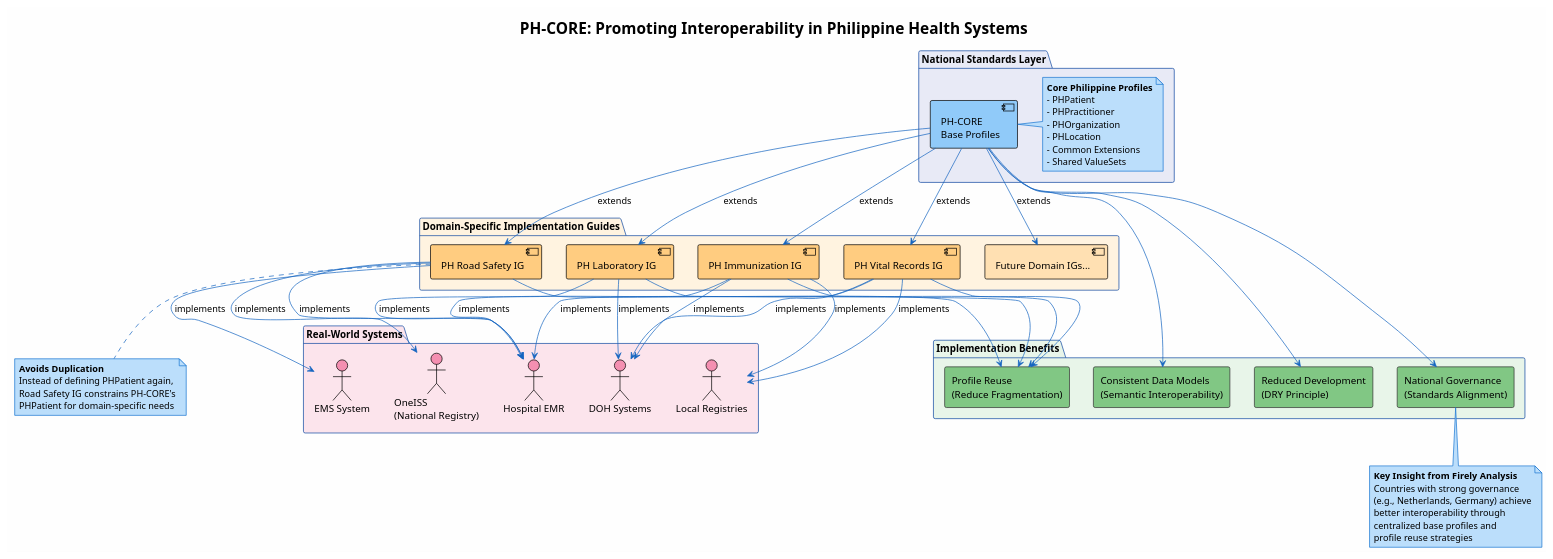
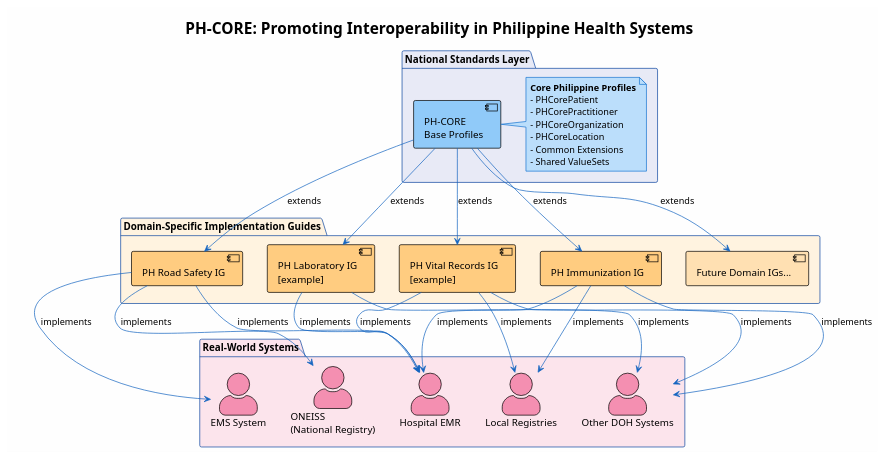
One commit to UPM-NTHC/PH-RoadSafetyIG changed the diagram in input/images-source/usecase-phcore-interoperability.plantuml. Above: the diagram before and after it, drawn with PlantUML. The commit also changed 2 other files, not shown here.

Commit message:
feat: separate PH-CORE benefits diagram and update profile names
**What changed:**
- Created new usecase-phcore-benefits.plantuml diagram dedicated to visualizing PH-CORE implementation benefits (profile reuse, consistent data models, reduced development, national governance)
- Extracted benefits package from interoperability diagram to reduce complexity
- Updated profile naming convention across diagrams (PHPatient → PHCorePatient, PHPractitioner → PHCorePractitioner, etc.)
- Added "[example]" labels to Laboratory and Vital Records IGs for clarity
- Standardized actor styling with 'awesome' theme
- Fixed naming inconsistencies (OneISS → ONEISS, DOH Systems → Other DOH Systems)
- Added Firely analysis note highlighting governance insights

- Improves diagram clarity by separating concerns (interoperability vs benefits)
- Aligns with consistent naming conventions for PH-CORE profiles
- Enhances documentation by creating focused, single-purpose visualizations
- Makes diagrams more maintainable and easier to understand

```diff
--- a/input/images-source/usecase-phcore-interoperability.plantuml
+++ b/input/images-source/usecase-phcore-interoperability.plantuml
@@ -1,99 +1,100 @@
-@startuml usecase-phcore-interoperability
+@startuml
 !theme plain
 skinparam backgroundColor #FEFEFE
 skinparam rectangleBorderColor #333333
 skinparam rectangleBackgroundColor #E3F2FD
 skinparam noteBorderColor #1976D2
 skinparam noteBackgroundColor #BBDEFB
 skinparam arrowColor #1565C0
 skinparam packageBorderColor #0D47A1
 skinparam packageBackgroundColor #E8EAF6
+skinparam actorStyle awesome
 
 title PH-CORE: Promoting Interoperability in Philippine Health Systems
 
 package "National Standards Layer" #E8EAF6 {
   component "PH-CORE\nBase Profiles" as PHCORE #90CAF9
   note right of PHCORE
     **Core Philippine Profiles**
-    - PHPatient
-    - PHPractitioner
-    - PHOrganization
-    - PHLocation
+    - PHCorePatient
+    - PHCorePractitioner
+    - PHCoreOrganization
+    - PHCoreLocation
     - Common Extensions
     - Shared ValueSets
   end note
 }
 
 package "Domain-Specific Implementation Guides" #FFF3E0 {
   component "PH Road Safety IG" as RoadSafety #FFCC80
   component "PH Immunization IG" as Immunization #FFCC80
-  component "PH Laboratory IG" as Laboratory #FFCC80
-  component "PH Vital Records IG" as VitalRecords #FFCC80
+  component "PH Laboratory IG\n[example]" as Laboratory #FFCC80
+  component "PH Vital Records IG\n[example]" as VitalRecords #FFCC80
   component "Future Domain IGs..." as FutureIGs #FFE0B2
 }
 
-package "Implementation Benefits" #E8F5E9 {
-  rectangle "Profile Reuse\n(Reduce Fragmentation)" as ProfileReuse #81C784
-  rectangle "Consistent Data Models\n(Semantic Interoperability)" as ConsistentModels #81C784
-  rectangle "Reduced Development\n(DRY Principle)" as ReducedDev #81C784
-  rectangle "National Governance\n(Standards Alignment)" as Governance #81C784
-}
+' package "Implementation Benefits" #E8F5E9 {
+'   rectangle "Profile Reuse\n(Reduce Fragmentation)" as ProfileReuse #81C784
+'   rectangle "Consistent Data Models\n(Semantic Interoperability)" as ConsistentModels #81C784
+'   rectangle "Reduced Development\n(DRY Principle)" as ReducedDev #81C784
+'   rectangle "National Governance\n(Standards Alignment)" as Governance #81C784
+' }
 
 package "Real-World Systems" #FCE4EC {
   actor "Hospital EMR" as Hospital #F48FB1
   actor "EMS System" as EMS #F48FB1
-  actor "OneISS\n(National Registry)" as OneISS #F48FB1
-  actor "DOH Systems" as DOH #F48FB1
+  actor "ONEISS\n(National Registry)" as OneISS #F48FB1
+  actor "Other DOH Systems" as DOH #F48FB1
   actor "Local Registries" as LocalRegistry #F48FB1
 }
 
 ' Dependencies
 PHCORE --> RoadSafety : extends
 PHCORE --> Immunization : extends
 PHCORE --> Laboratory : extends
 PHCORE --> VitalRecords : extends
 PHCORE --> FutureIGs : extends
 
-' Benefits realization
-RoadSafety --> ProfileReuse
-Immunization --> ProfileReuse
-Laboratory --> ProfileReuse
-VitalRecords --> ProfileReuse
+' ' Benefits realization
+' RoadSafety --> ProfileReuse
+' Immunization --> ProfileReuse
+' Laboratory --> ProfileReuse
+' VitalRecords --> ProfileReuse
 
-PHCORE --> ConsistentModels
-PHCORE --> ReducedDev
-PHCORE --> Governance
+' PHCORE --> ConsistentModels
+' PHCORE --> ReducedDev
+' PHCORE --> Governance
 
 ' Implementation connections
 RoadSafety --> Hospital : implements
 RoadSafety --> EMS : implements
 RoadSafety --> OneISS : implements
 
 Immunization --> Hospital : implements
 Immunization --> DOH : implements
 Immunization --> LocalRegistry : implements
 
 Laboratory --> Hospital : implements
 Laboratory --> DOH : implements
 
 VitalRecords --> Hospital : implements
 VitalRecords --> LocalRegistry : implements
 VitalRecords --> DOH : implements
 
-note bottom of RoadSafety
-  **Avoids Duplication**
-  Instead of defining PHPatient again,
-  Road Safety IG constrains PH-CORE's
-  PHPatient for domain-specific needs
-end note
+' note right of PHCORE
+'   **Avoids Duplication**
+'   Instead of defining PHCorePatient again,
+'   Road Safety IG constrains PH-CORE's
+'   PHCorePatient for domain-specific needs
+' end note
 
-note bottom of Governance
-  **Key Insight from Firely Analysis**
-  Countries with strong governance
-  (e.g., Netherlands, Germany) achieve
-  better interoperability through
-  centralized base profiles and
-  profile reuse strategies
-end note
+' note bottom of Governance
+'   **Key Insight from Firely Analysis**
+'   Countries with strong governance
+'   (e.g., Netherlands, Germany) achieve
+'   better interoperability through
+'   centralized base profiles and
+'   profile reuse strategies
+' end note
 
 @enduml
```
